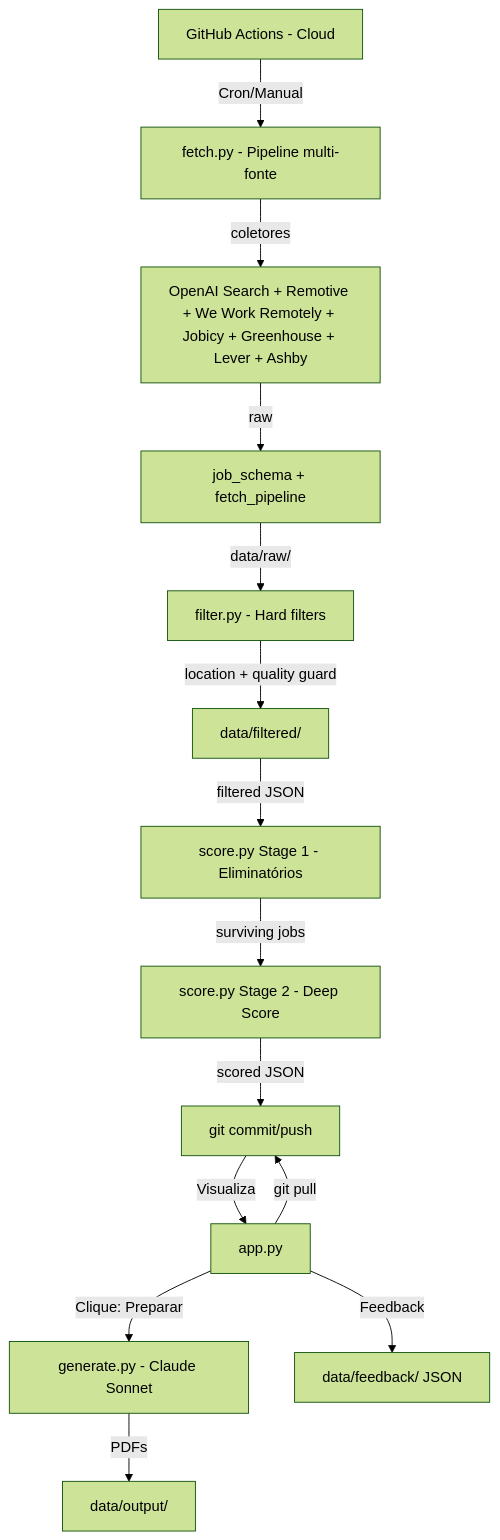
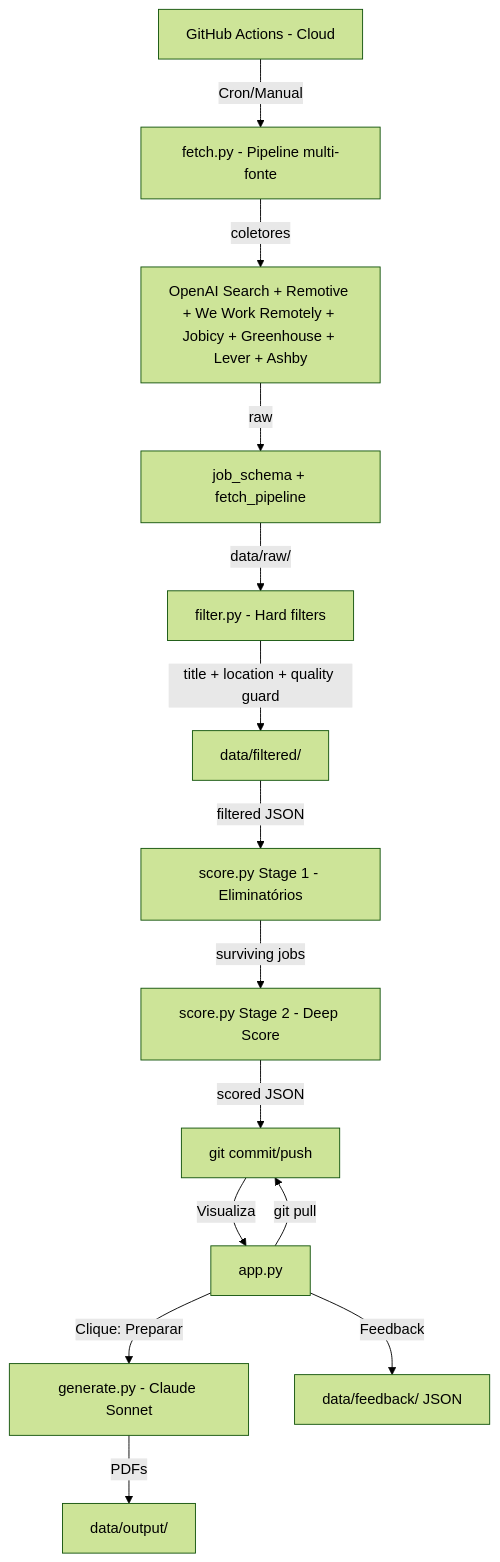
Before and after one commit to gmaiarviana/job_radar: the diagram in ARCHITECTURE.md, drawn with Mermaid (forest theme). The commit also changed other lines of this file and 1 other file, not shown here.

Commit message:
docs: fecha 4.1 — title filter no ROADMAP e ARCHITECTURE

````diff
--- a/ARCHITECTURE.md
+++ b/ARCHITECTURE.md
@@ -11,17 +11,17 @@
 ```mermaid
 graph TD
     A[GitHub Actions - Cloud] -->|Cron/Manual| B[fetch.py - Pipeline multi-fonte]
     B -->|coletores| B1[OpenAI Search + Remotive + We Work Remotely + Jobicy + Greenhouse + Lever + Ashby]
     B1 -->|raw| B2[job_schema + fetch_pipeline]
     B2 -->|data/raw/| B3[filter.py - Hard filters]
-    B3 -->|location + quality guard| B4[data/filtered/]
+    B3 -->|title + location + quality guard| B4[data/filtered/]
     B4 -->|filtered JSON| C[score.py Stage 1 - Eliminatórios]
     C -->|surviving jobs| D[score.py Stage 2 - Deep Score]
     D -->|scored JSON| E[git commit/push]
     
     F[Streamlit - Local] -->|git pull| E
     E -->|Visualiza| F[app.py]
     F -->|Clique: Preparar| G[generate.py - Claude Sonnet]
     G -->|PDFs| H[data/output/]
     F -->|Feedback| I[data/feedback/ JSON]
 ```
````
